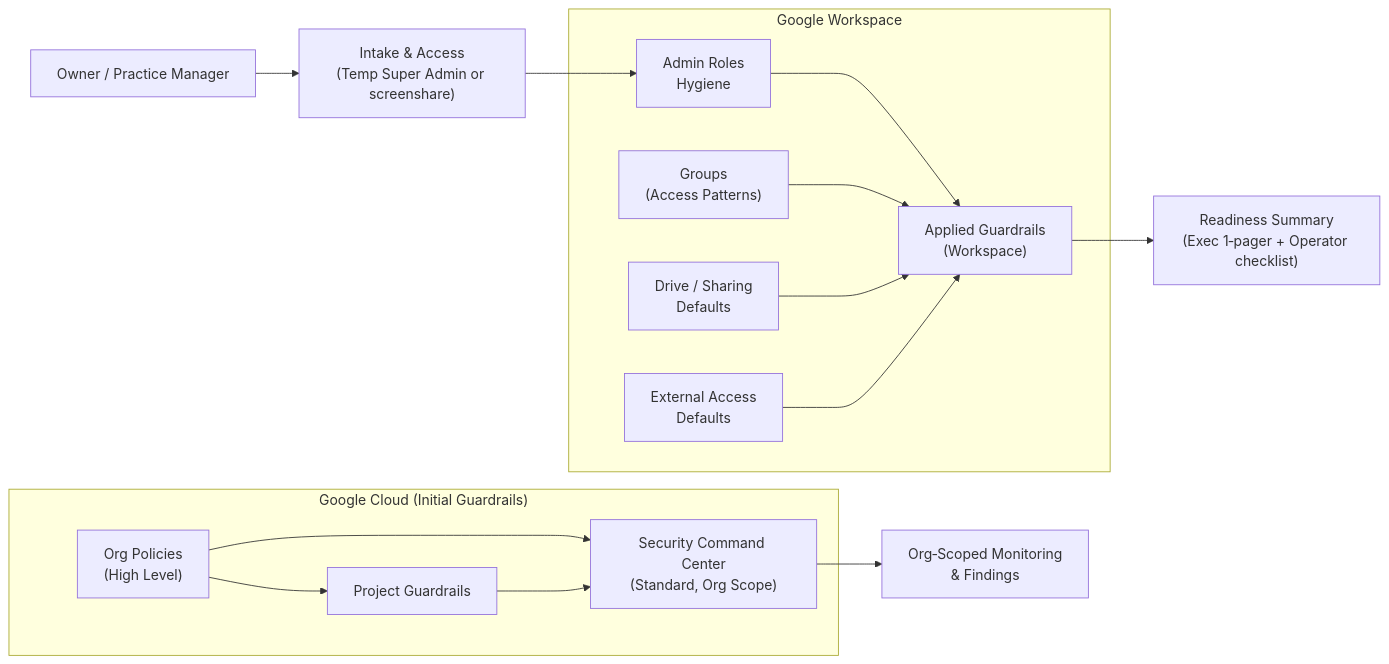
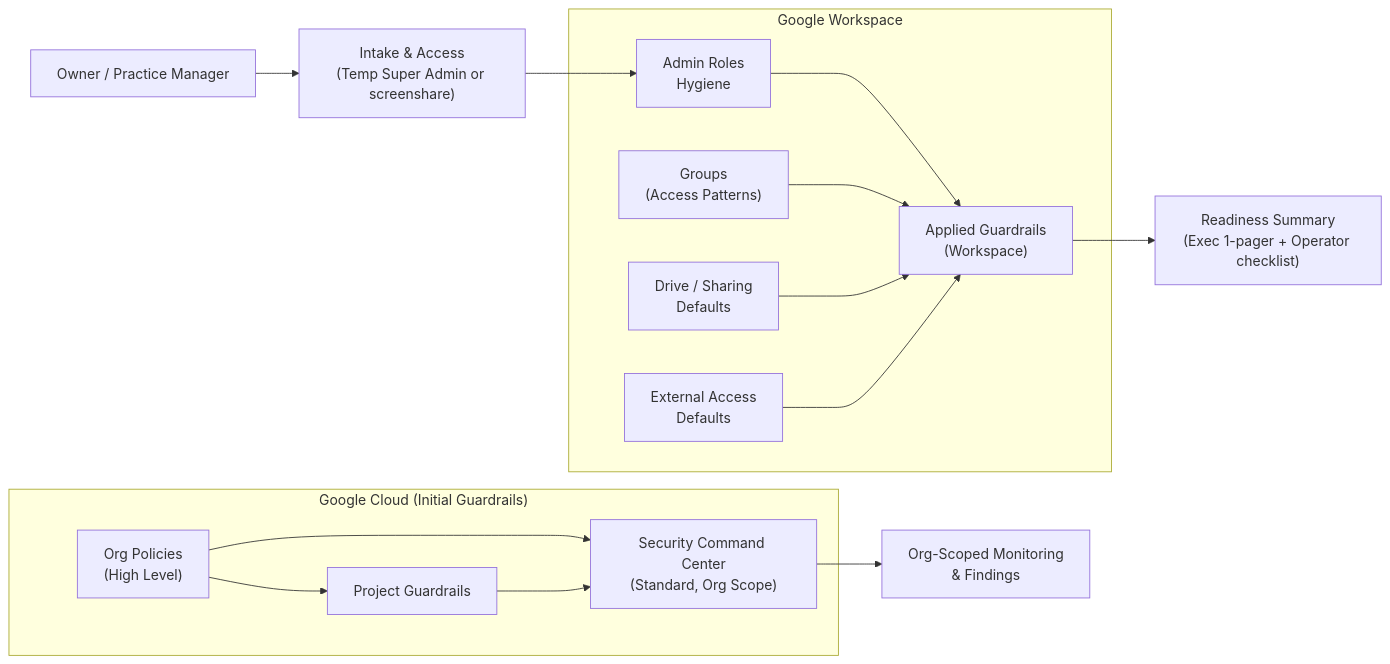
The third of 3 diagrams in README.md (fedlinllc/fedlinllc), drawn with Mermaid before and after one commit. The commit also changed other lines of this file, not shown here.

````diff
--- a/README.md
+++ b/README.md
@@ -104,31 +108,29 @@
 ```mermaid
 flowchart LR
-  Buyer["Owner / Practice Manager"]
-  Intake["Intake & Access<br/>(Temp Super Admin or screenshare)"]
-  Buyer --> Intake
+  Buyer["Owner / Practice Manager"] --> Intake["Intake & Access<br/>(Temp Super Admin or screenshare)"]
 
   subgraph Workspace["Google Workspace"]
     Admin["Admin Roles<br/>Hygiene"]
     Groups["Groups<br/>(Access Patterns)"]
     Sharing["Drive / Sharing<br/>Defaults"]
     External["External Access<br/>Defaults"]
     GuardrailsW["Applied Guardrails<br/>(Workspace)"]
     Admin --> GuardrailsW
     Groups --> GuardrailsW
     Sharing --> GuardrailsW
     External --> GuardrailsW
   end
 
   subgraph GCP["Google Cloud (Initial Guardrails)"]
     OrgPolicies["Org Policies<br/>(High Level)"]
     ProjGuard["Project Guardrails"]
     SCC["Security Command Center<br/>(Standard, Org Scope)"]
     OrgPolicies --> ProjGuard
     OrgPolicies --> SCC
     ProjGuard --> SCC
   end
 
   Intake --> Admin
-  GuardrailsW --> Handoff["Readiness Summary<br/>(Exec 1‑pager + Operator checklist)"]
-  SCC --> Monitor["Org‑Scoped Monitoring<br/>& Findings"]
+  GuardrailsW --> Handoff["Readiness Summary<br/>(Exec 1-pager + Operator checklist)"]
+  SCC --> Monitor["Org-Scoped Monitoring<br/>& Findings"]
 ```
````
